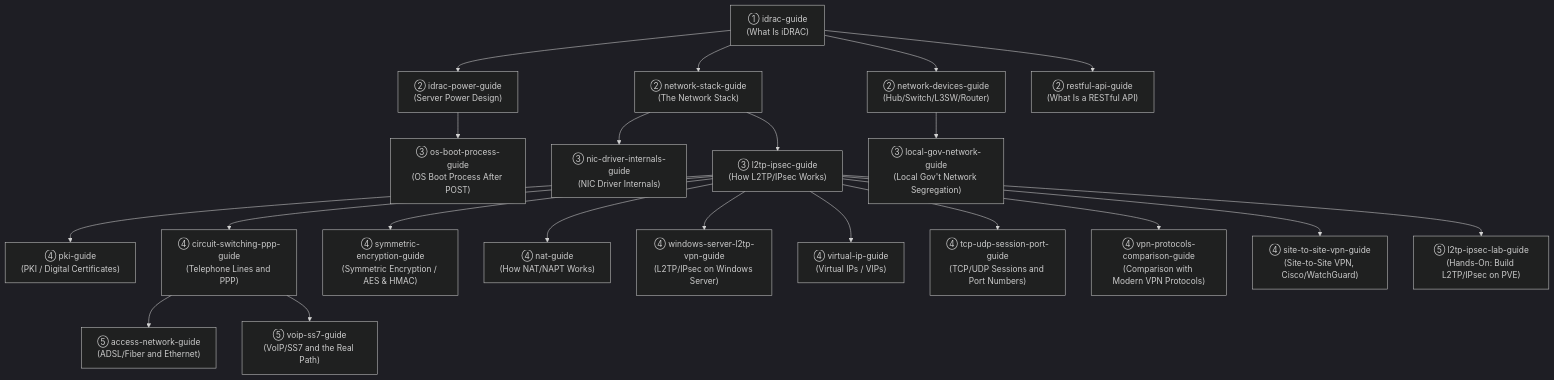
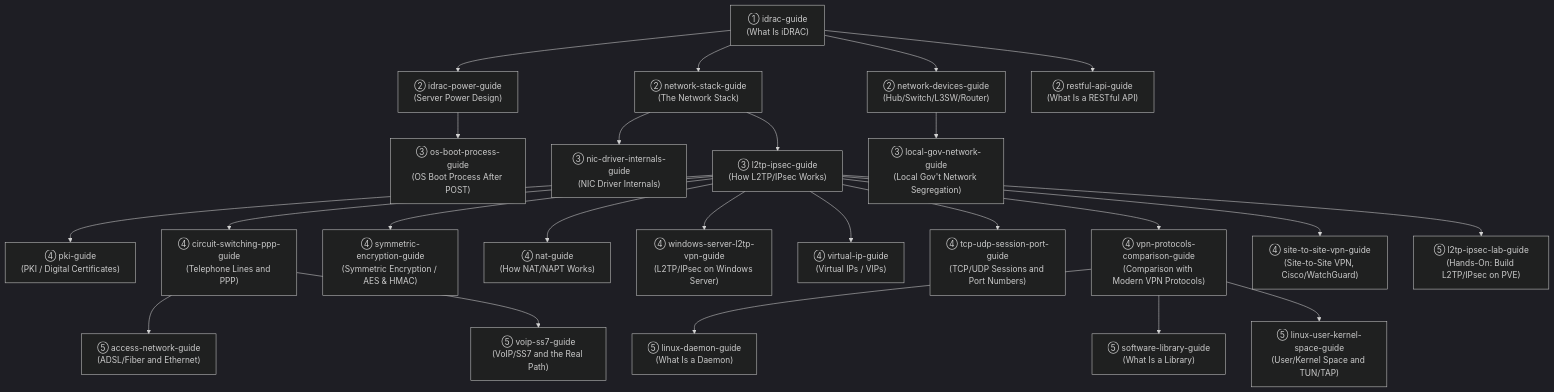
The diagram in src/pages/en/sitemap.md (koikoi1998/koikoi-blog-20260723), drawn with Mermaid (dark theme) before and after one commit. The commit also changed other lines of this file and 17 other files, not shown here.

````diff
--- a/src/pages/en/sitemap.md
+++ b/src/pages/en/sitemap.md
@@ -20,45 +20,51 @@
 ```mermaid
 graph TB
     Idrac["① idrac-guide<br/>(What Is iDRAC)"]
     Power["② idrac-power-guide<br/>(Server Power Design)"]
     Net["② network-stack-guide<br/>(The Network Stack)"]
     Devices["② network-devices-guide<br/>(Hub/Switch/L3SW/Router)"]
     Api["② restful-api-guide<br/>(What Is a RESTful API)"]
     Boot["③ os-boot-process-guide<br/>(OS Boot Process After POST)"]
     Nic["③ nic-driver-internals-guide<br/>(NIC Driver Internals)"]
     L2tp["③ l2tp-ipsec-guide<br/>(How L2TP/IPsec Works)"]
     GovNet["③ local-gov-network-guide<br/>(Local Gov't Network Segregation)"]
     Pki["④ pki-guide<br/>(PKI / Digital Certificates)"]
     Circuit["④ circuit-switching-ppp-guide<br/>(Telephone Lines and PPP)"]
     Sym["④ symmetric-encryption-guide<br/>(Symmetric Encryption / AES & HMAC)"]
     Nat["④ nat-guide<br/>(How NAT/NAPT Works)"]
     Winvpn["④ windows-server-l2tp-vpn-guide<br/>(L2TP/IPsec on Windows Server)"]
     Vip["④ virtual-ip-guide<br/>(Virtual IPs / VIPs)"]
     TcpUdp["④ tcp-udp-session-port-guide<br/>(TCP/UDP Sessions and Port Numbers)"]
     VpnCompare["④ vpn-protocols-comparison-guide<br/>(Comparison with Modern VPN Protocols)"]
     S2s["④ site-to-site-vpn-guide<br/>(Site-to-Site VPN, Cisco/WatchGuard)"]
     L2tpLab["⑤ l2tp-ipsec-lab-guide<br/>(Hands-On: Build L2TP/IPsec on PVE)"]
     Access["⑤ access-network-guide<br/>(ADSL/Fiber and Ethernet)"]
     Voip["⑤ voip-ss7-guide<br/>(VoIP/SS7 and the Real Path)"]
+    Daemon["⑤ linux-daemon-guide<br/>(What Is a Daemon)"]
+    Library["⑤ software-library-guide<br/>(What Is a Library)"]
+    UserKernel["⑤ linux-user-kernel-space-guide<br/>(User/Kernel Space and TUN/TAP)"]
 
     Idrac --> Power
     Idrac --> Net
     Idrac --> Devices
     Idrac --> Api
     Power --> Boot
     Net --> Nic
     Net --> L2tp
     Devices --> GovNet
     L2tp --> Pki
     L2tp --> Circuit
     L2tp --> Sym
     L2tp --> Nat
     L2tp --> Winvpn
     L2tp --> Vip
     L2tp --> TcpUdp
     L2tp --> VpnCompare
     L2tp --> S2s
     L2tp --> L2tpLab
     Circuit --> Access
     Circuit --> Voip
+    VpnCompare --> Daemon
+    VpnCompare --> Library
+    VpnCompare --> UserKernel
 ```
````
